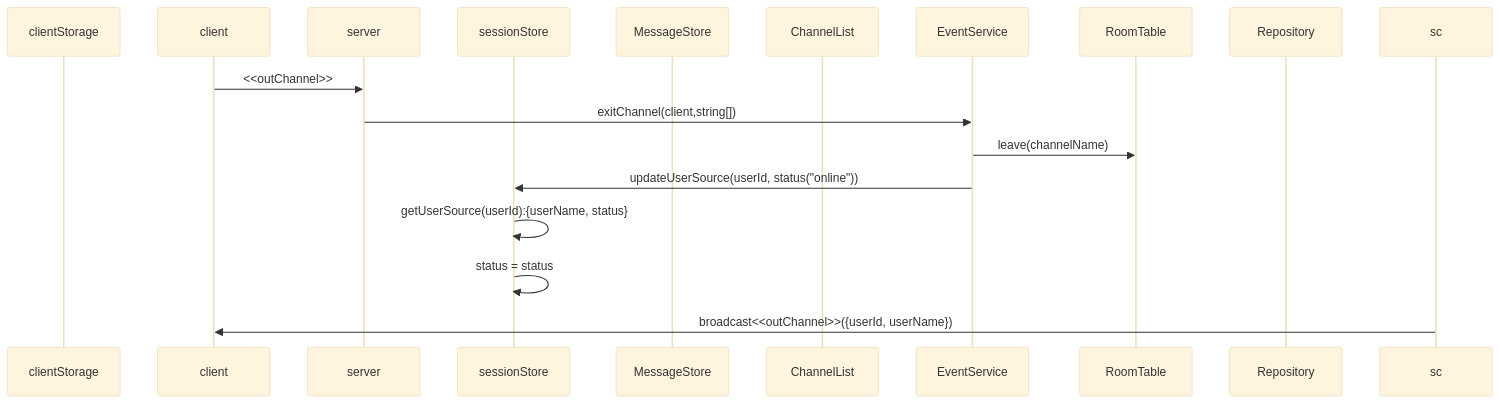
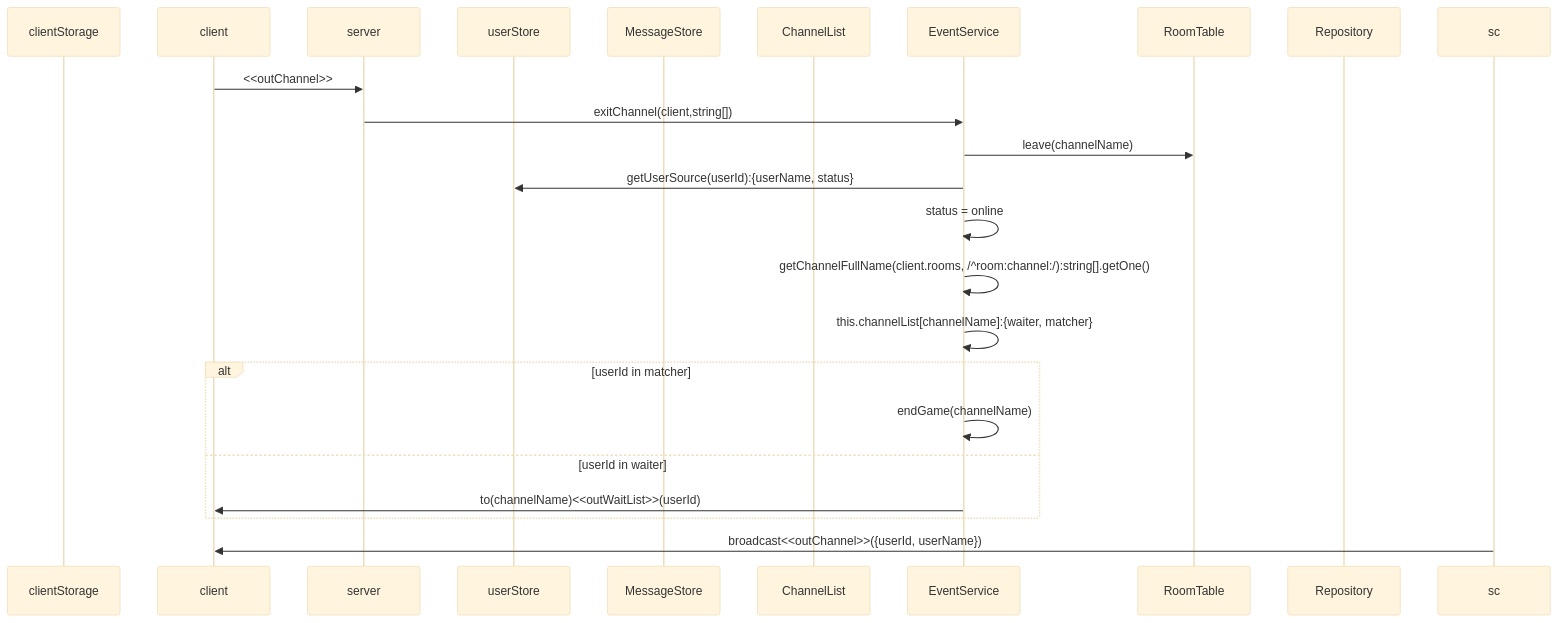
One commit to mtak0235/simmons_transcendence changed the fifth of 19 diagrams in backend/node/app/event.md. Above: the diagram before and after it, drawn with Mermaid (base theme). The commit also changed other lines of this file, not shown here.

````diff
--- a/backend/node/app/event.md
+++ b/backend/node/app/event.md
@@ -124,20 +128,26 @@
 ```mermaid
 sequenceDiagram
 participant cls as clientStorage
 participant c as client
 participant ga as server
-participant ss as sessionStore
+participant ss as userStore
 participant ms as MessageStore
 participant cns as ChannelList
 participant cs as EventService
 participant rt as RoomTable
 participant r as Repository
 
 c->>ga: <<outChannel>>
 ga->>cs: exitChannel(client,string[])
 cs->>rt: leave(channelName)
-cs->>ss: updateUserSource(userId, status("online"))
-ss->>ss: getUserSource(userId):{userName, status}
-ss->>ss: status = status
+cs->>ss: getUserSource(userId):{userName, status}
+cs->>cs: status = online
+cs->>cs: getChannelFullName(client.rooms, /^room:channel:/):string[].getOne()
+cs->>cs: this.channelList[channelName]:{waiter, matcher}
+alt userId in matcher
+cs->>cs: endGame(channelName)
+else userId in waiter
+cs->>c: to(channelName)<<outWaitList>>(userId)
+end
 sc->>c: broadcast<<outChannel>>({userId, userName})
 ```
````
